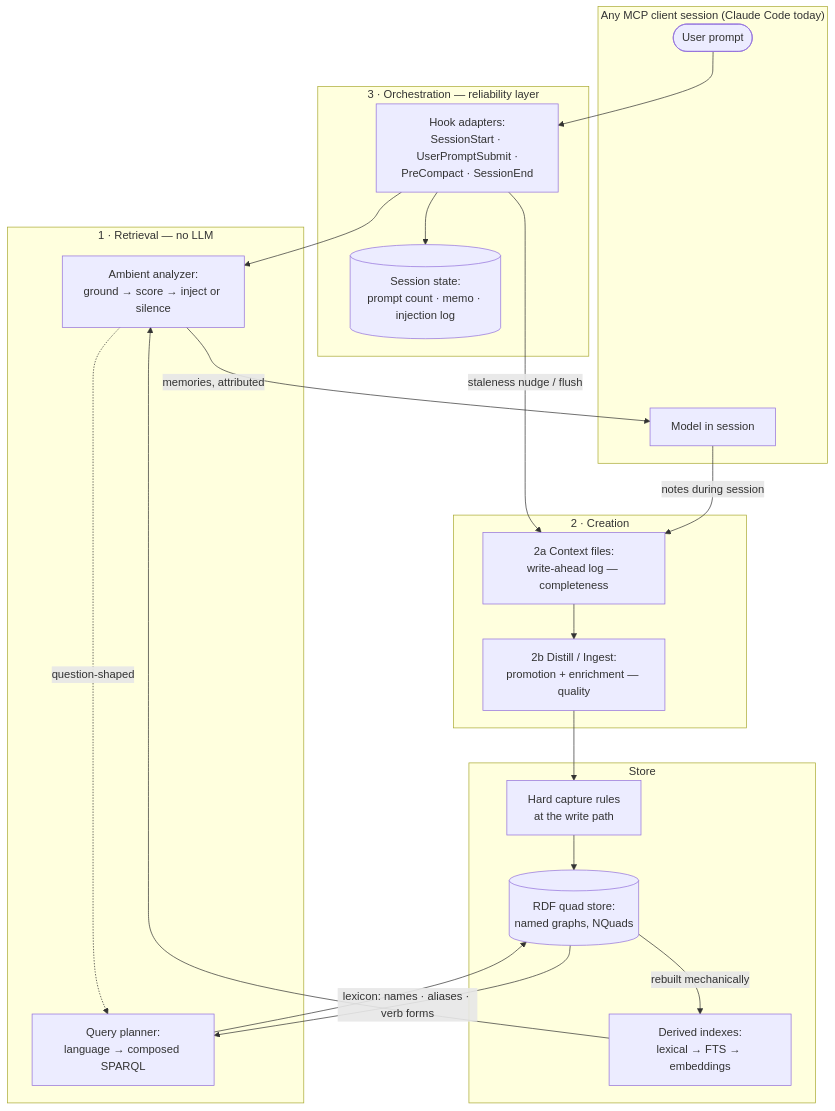
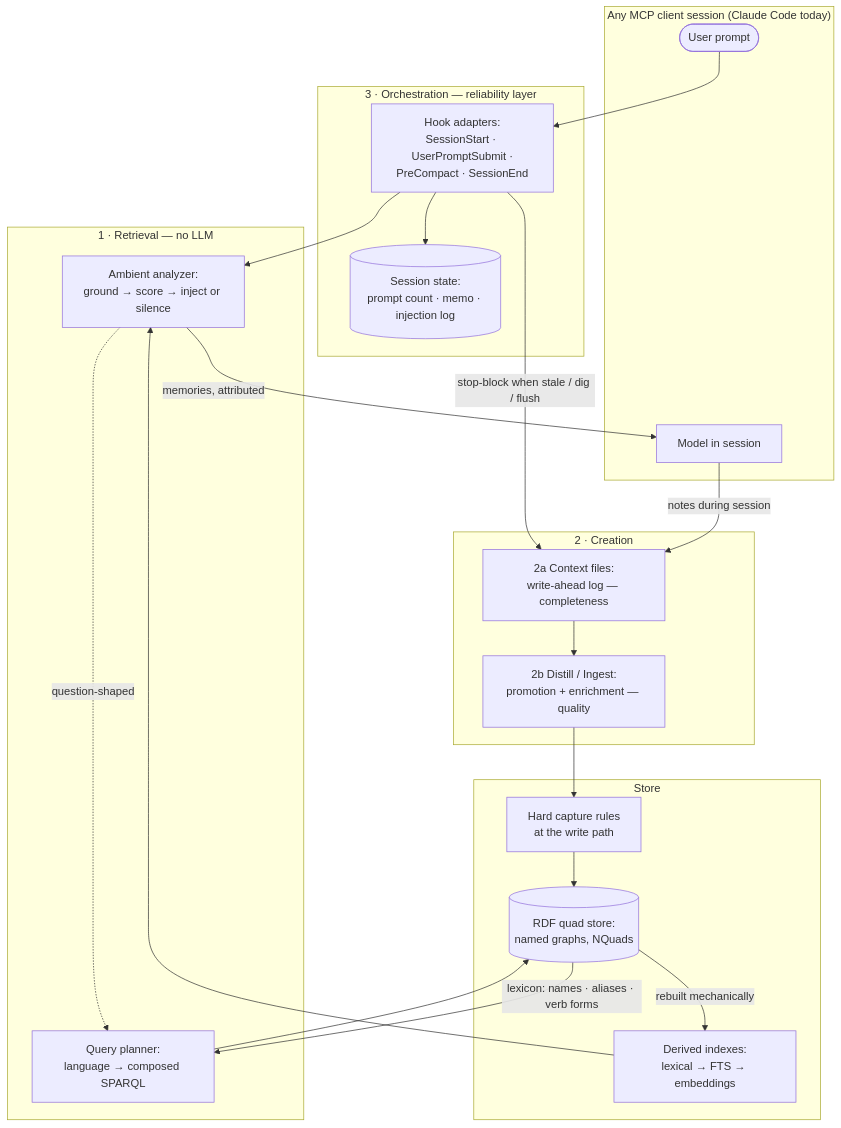
The first of 4 diagrams in docs/SYSTEM.md (StuCM/claude-memory-graph), drawn with Mermaid before and after one commit. The commit also changed other lines of this file and 3 other files, not shown here.

First line of the commit message:
docs: surface Stop blocks, structured entries, dig counter, code lanes, manifestsIn in main docs

````diff
--- a/docs/SYSTEM.md
+++ b/docs/SYSTEM.md
@@ -8,42 +8,42 @@
 ```mermaid
 flowchart TB
     subgraph SESSION["Any MCP client session (Claude Code today)"]
         USER([User prompt])
         LLM[Model in session]
     end
 
     subgraph ORCH["3 · Orchestration — reliability layer"]
         HOOKS[Hook adapters:<br/>SessionStart · UserPromptSubmit ·<br/>PreCompact · SessionEnd]
         STATE[(Session state:<br/>prompt count · memo · injection log)]
     end
 
     subgraph RETR["1 · Retrieval — no LLM"]
         AN[Ambient analyzer:<br/>ground → score → inject or silence]
         QP[Query planner:<br/>language → composed SPARQL]
     end
 
     subgraph CREATE["2 · Creation"]
         CTX[2a Context files:<br/>write-ahead log — completeness]
         DIST[2b Distill / Ingest:<br/>promotion + enrichment — quality]
     end
 
     subgraph STORE["Store"]
         GRAPH[(RDF quad store:<br/>named graphs, NQuads)]
         HARD[Hard capture rules<br/>at the write path]
         IDX[Derived indexes:<br/>lexical → FTS → embeddings]
     end
 
     USER --> HOOKS
     HOOKS --> STATE
     HOOKS --> AN
     AN -->|memories, attributed| LLM
     AN -.question-shaped.-> QP
     QP --> GRAPH
     LLM -->|notes during session| CTX
-    HOOKS -->|staleness nudge / flush| CTX
+    HOOKS -->|stop-block when stale / dig / flush| CTX
     CTX --> DIST
     DIST --> HARD --> GRAPH
     GRAPH -->|rebuilt mechanically| IDX
     IDX --> AN
     GRAPH -->|lexicon: names · aliases · verb forms| QP
 ```
````
